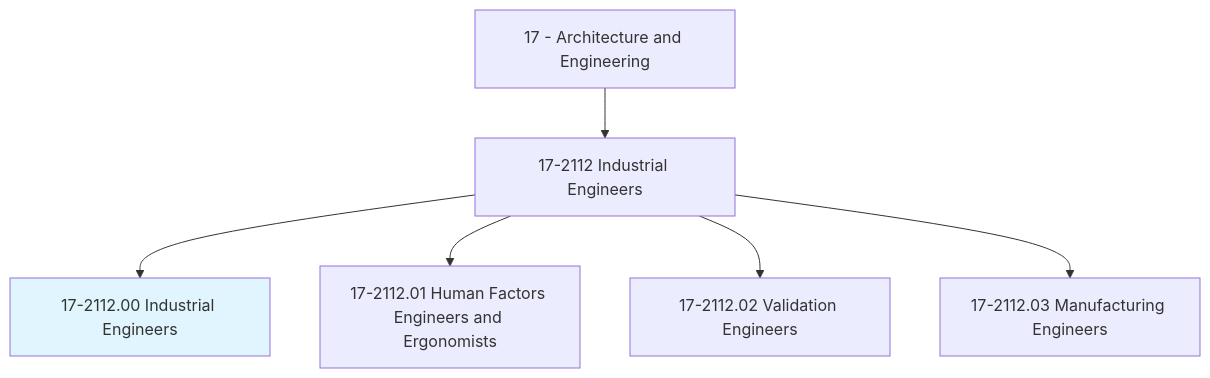
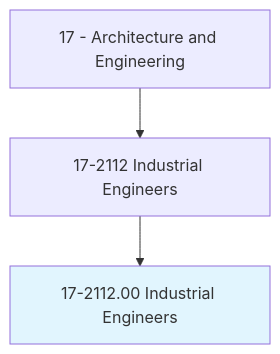
The first of 4 diagrams in occupations/Architecture/IndustrialEngineers.mdx (kziemski/business.org.ai), drawn with Mermaid before and after one commit. The commit also changed other lines of this file and 938 other files, not shown here.

````diff
--- a/occupations/Architecture/IndustrialEngineers.mdx
+++ b/occupations/Architecture/IndustrialEngineers.mdx
@@ -19,9 +23,6 @@
 ```mermaid
 graph TD
     Cat17["17 - Architecture and Engineering"] --> Group172112["17-2112 Industrial Engineers"]
     Group172112 --> Current["17-2112.00 Industrial Engineers"]
     style Current fill:#e1f5fe
-    Group172112 --> V17211201["17-2112.01 Human Factors Engineers and Ergonomists"]
-    Group172112 --> V17211202["17-2112.02 Validation Engineers"]
-    Group172112 --> V17211203["17-2112.03 Manufacturing Engineers"]
 ```
````
